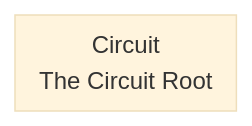
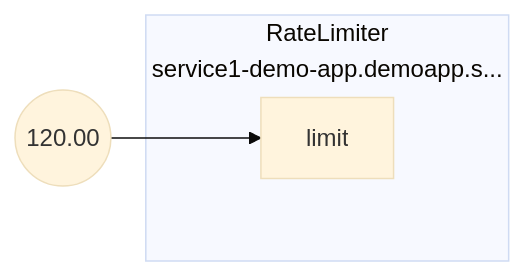
The diagram in docs/content/tutorials/integrations/flow-control/rate-limiting/assets/static-rate-limiting/static-rate-limiting.mmd (dataongunlaws/aperture), drawn with Mermaid (base theme) before and after one commit. The commit also changed 23 other files, not shown here.

First line of the commit message:
deterministic graph output (#1658)

```diff
--- a/docs/content/tutorials/integrations/flow-control/rate-limiting/assets/static-rate-limiting/static-rate-limiting.mmd
+++ b/docs/content/tutorials/integrations/flow-control/rate-limiting/assets/static-rate-limiting/static-rate-limiting.mmd
@@ -1,3 +1,9 @@
 flowchart LR
-subgraph root[<center>Circuit<br/>The Circuit Root</center>]
+subgraph root.0[<center>RateLimiter<br/>service1-demo-app.demoapp.s...</center>]
+subgraph root.0_inports[ ]
+style root.0_inports fill:none,stroke:none
+root.0limit[limit]
 end
+end
+root.0_limit_FakeConstantout((120.00))
+root.0_limit_FakeConstantout --> root.0limit
```
